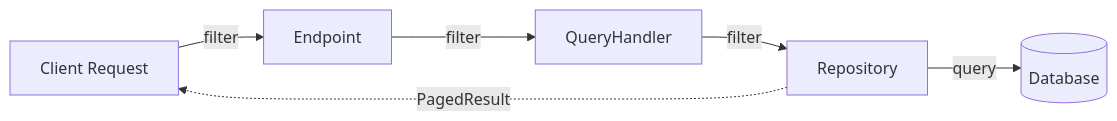
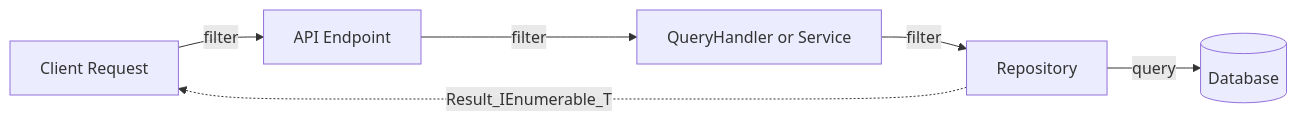
Before and after one commit to BridgingIT-GmbH/bITdevKit: the first of 3 diagrams in docs/features-filtering.md, drawn with Mermaid. The commit also changed other lines of this file and 233 other files, not shown here.

````diff
--- a/docs/features-filtering.md
+++ b/docs/features-filtering.md
@@ -28,6 +29,6 @@
 ```mermaid
 graph LR
-    R[Client Request]-->|filter|E[Endpoint]-->|filter|Q[QueryHandler]-->|filter|P[Repository]
+    R[Client Request]-->|filter|E[API Endpoint]-->|filter|Q[QueryHandler or Service]-->|filter|P[Repository]
     P-->|query|D[(Database)]
-    P-.->|PagedResult|R
+    P-.->|Result_IEnumerable_T|R
 ```
````
